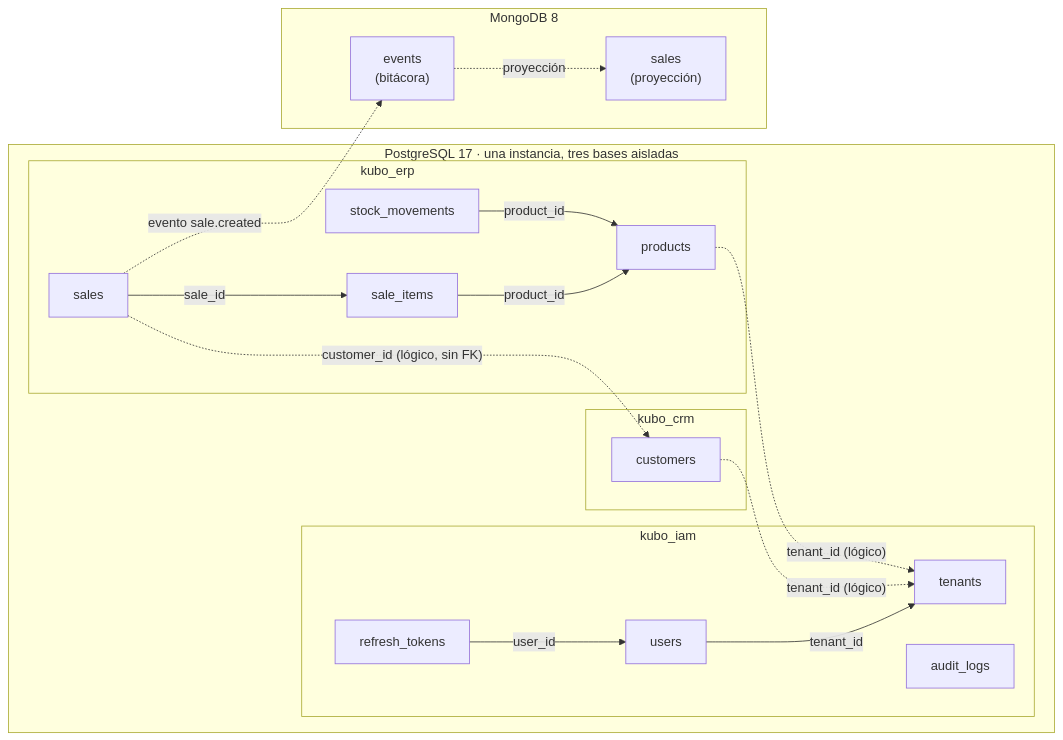
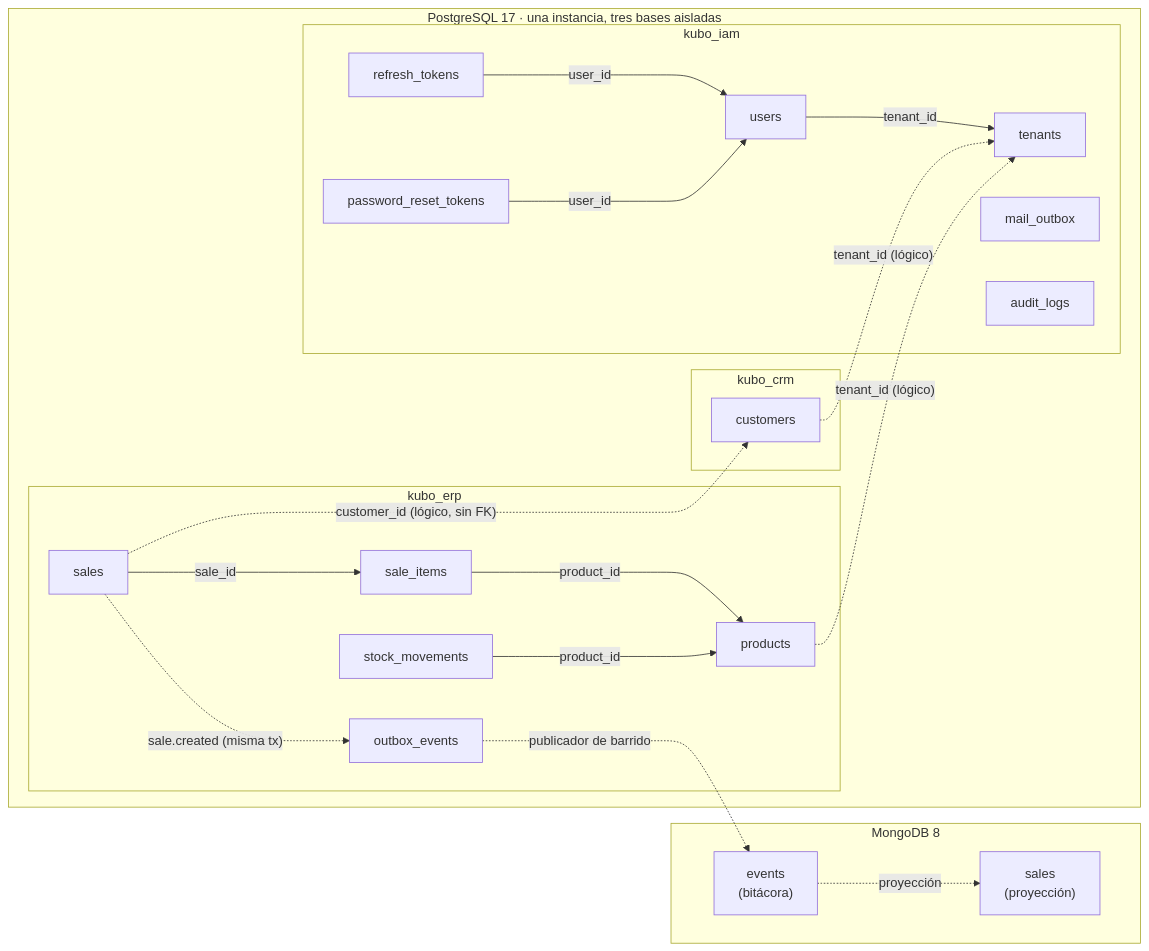
Before and after one commit to NFGS/kubo-docs: the first of 3 diagrams in 02-modelo-datos.md, drawn with Mermaid. The commit also changed other lines of this file and 17 other files, not shown here.

````diff
--- a/02-modelo-datos.md
+++ b/02-modelo-datos.md
@@ -9,36 +9,41 @@
 ```mermaid
 flowchart LR
   subgraph PG["PostgreSQL 17 · una instancia, tres bases aisladas"]
     subgraph IAMDB["kubo_iam"]
       TENANTS["tenants"]
       USERS["users"]
       REFRESH["refresh_tokens"]
+      RESET["password_reset_tokens"]
+      MAIL["mail_outbox"]
       AUDIT["audit_logs"]
     end
     subgraph CRMDB["kubo_crm"]
       CUSTOMERS["customers"]
     end
     subgraph ERPDB["kubo_erp"]
       PRODUCTS["products"]
       MOVEMENTS["stock_movements"]
       SALES["sales"]
       ITEMS["sale_items"]
+      OUTBOX["outbox_events"]
     end
   end
 
   subgraph MONGO["MongoDB 8"]
     EVENTS["events<br/>(bitácora)"]
     PROJ["sales<br/>(proyección)"]
   end
 
   USERS -->|"tenant_id"| TENANTS
   REFRESH -->|"user_id"| USERS
+  RESET -->|"user_id"| USERS
   CUSTOMERS -.->|"tenant_id (lógico)"| TENANTS
   PRODUCTS -.->|"tenant_id (lógico)"| TENANTS
   SALES -->|"sale_id"| ITEMS
   ITEMS -->|"product_id"| PRODUCTS
   MOVEMENTS -->|"product_id"| PRODUCTS
   SALES -.->|"customer_id (lógico, sin FK)"| CUSTOMERS
-  SALES -.->|"evento sale.created"| EVENTS
+  SALES -.->|"sale.created (misma tx)"| OUTBOX
+  OUTBOX -.->|"publicador de barrido"| EVENTS
   EVENTS -.->|"proyección"| PROJ
 ```
````
